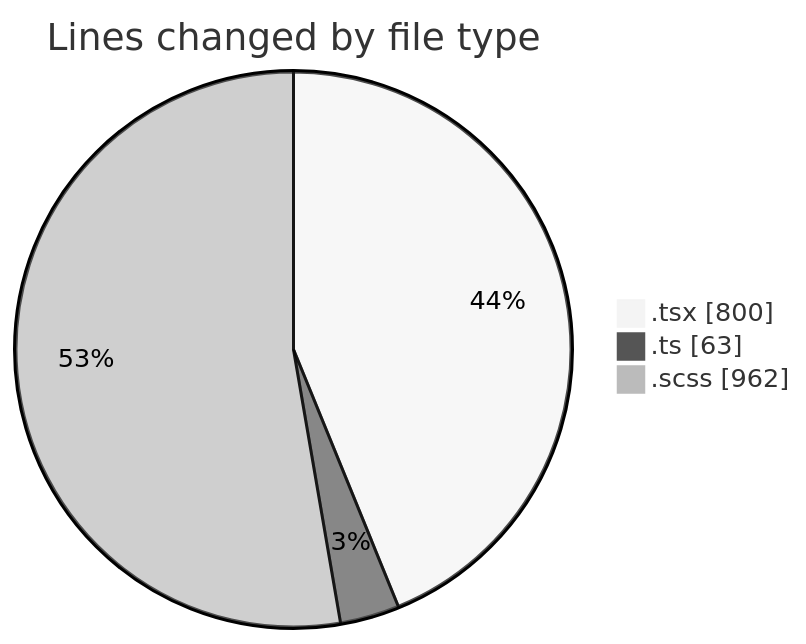
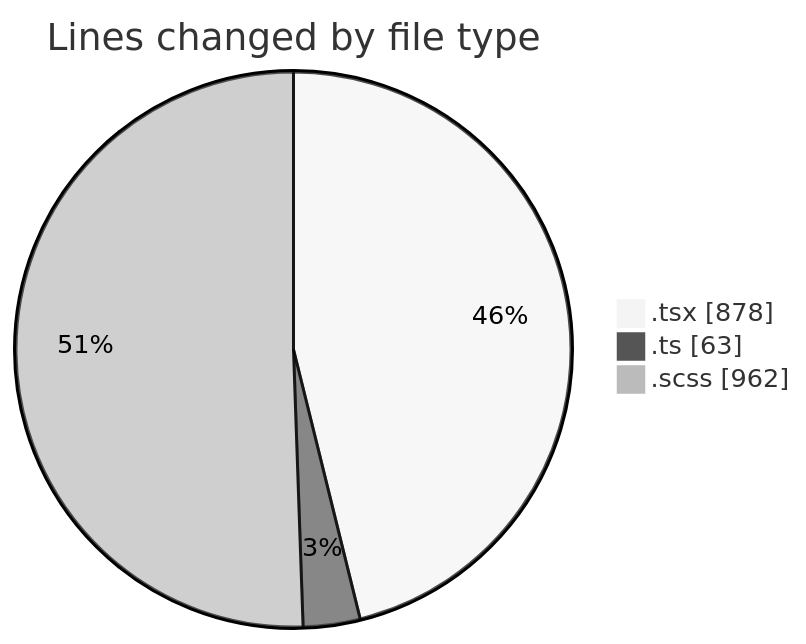
The first of 2 diagrams in 2025-04-02/cda/README.md (momahboobian/code-tracking), drawn with Mermaid (neutral theme) before and after one commit. The commit also changed other lines of this file and 1 other file, not shown here.

````diff
--- a/2025-04-02/cda/README.md
+++ b/2025-04-02/cda/README.md
@@ -26,7 +27,7 @@
 ```mermaid
 pie showData
 title Lines changed by file type
-".tsx" : 800
+".tsx" : 878
 ".ts" : 63
 ".scss" : 962
 ```
````
